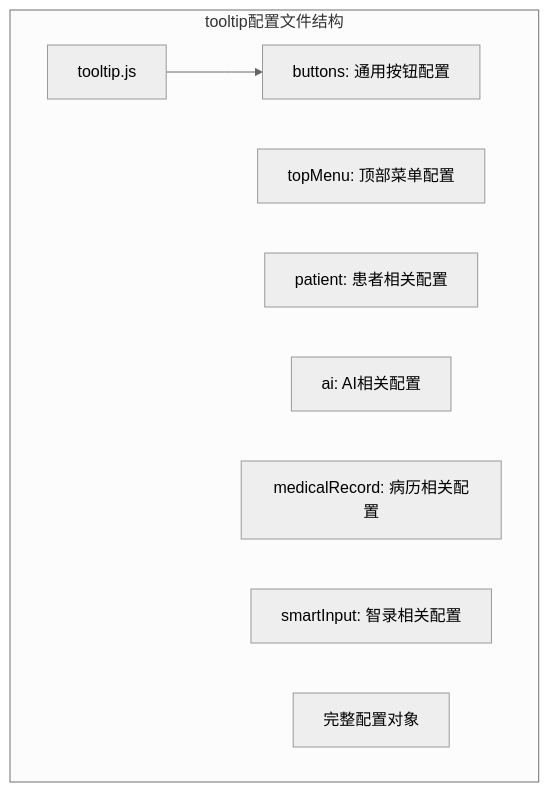
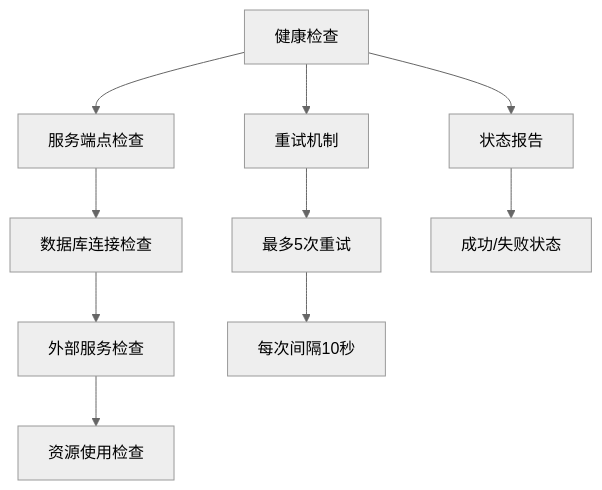
Before and after one commit to liuzh2008/med_ai_assistant_workspace: diagram 11 of 18 in .qoder/repowiki/zh/content/Update Summary/Update Summary.md, drawn with Mermaid (neutral theme). The commit also changed other lines of this file and 3 other files, not shown here.

````diff
--- a/.qoder/repowiki/zh/content/Update Summary/Update Summary.md
+++ b/.qoder/repowiki/zh/content/Update Summary/Update Summary.md
@@ -669,12 +593,12 @@
 ```mermaid
 graph TB
-subgraph "tooltip配置文件结构"
-A[tooltip.js] --> B[buttons: 通用按钮配置]
-C[topMenu: 顶部菜单配置]
-D[patient: 患者相关配置]
-E[ai: AI相关配置]
-F[medicalRecord: 病历相关配置]
-G[smartInput: 智录相关配置]
-H[完整配置对象]
-end
+A[健康检查] --> B[服务端点检查]
+B --> C[数据库连接检查]
+C --> D[外部服务检查]
+D --> E[资源使用检查]
+A --> F[重试机制]
+F --> G[最多5次重试]
+G --> H[每次间隔10秒]
+A --> I[状态报告]
+I --> J[成功/失败状态]
 ```
````
